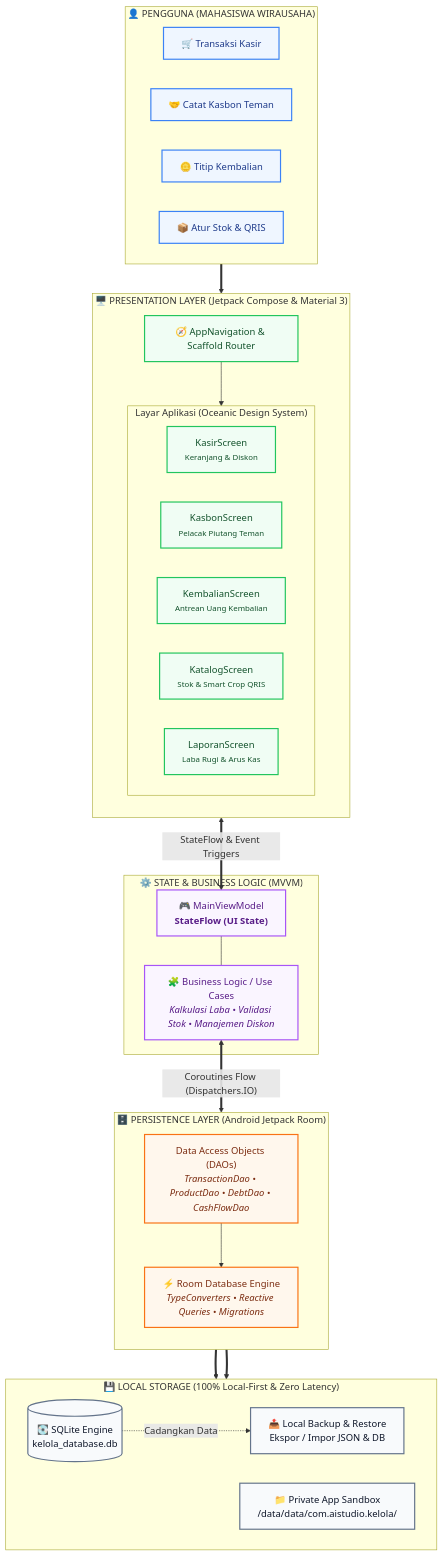
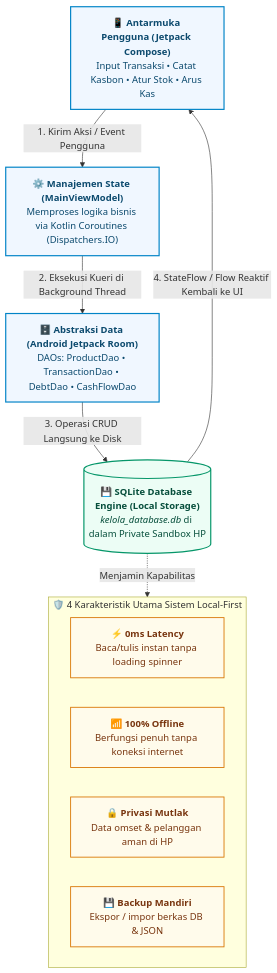
One commit to GHXZY/Kelola changed the diagram in README.md. Above: the diagram before and after it, drawn with Mermaid. The commit also changed other lines of this file, not shown here.

````diff
--- a/README.md
+++ b/README.md
@@ -77,69 +79,39 @@
 ```mermaid
-flowchart TB
-    %% Nodes Mahasiswa / User Layer
-    subgraph UserLayer ["👤 PENGGUNA (MAHASISWA WIRAUSAHA)"]
+flowchart TD
+    %% Lapisan 1: Aksi Pengguna
+    UI["📱 <b>Antarmuka Pengguna (Jetpack Compose)</b><br/>Input Transaksi • Catat Kasbon • Atur Stok • Arus Kas"]
+
+    %% Lapisan 2: State & ViewModel
+    VM["⚙️ <b>Manajemen State (MainViewModel)</b><br/>Memproses logika bisnis via Kotlin Coroutines (Dispatchers.IO)"]
+
+    %% Lapisan 3: Abstraksi Data (Room)
+    ROOM["🗄️ <b>Abstraksi Data (Android Jetpack Room)</b><br/>DAOs: ProductDao • TransactionDao • DebtDao • CashFlowDao"]
+
+    %% Lapisan 4: SQLite Internal
+    SQLITE[("💾 <b>SQLite Database Engine (Local Storage)</b><br/><i>kelola_database.db</i> di dalam Private Sandbox HP")]
+
+    %% Lapisan 5: Pilar Karakteristik Local-First
+    subgraph Pillars ["🛡️ 4 Karakteristik Utama Sistem Local-First"]
         direction LR
-        U1["🛒 Transaksi Kasir"]
-        U2["🤝 Catat Kasbon Teman"]
-        U3["🪙 Titip Kembalian"]
-        U4["📦 Atur Stok & QRIS"]
+        P1["⚡ <b>0ms Latency</b><br/>Baca/tulis instan tanpa loading spinner"]
+        P2["📶 <b>100% Offline</b><br/>Berfungsi penuh tanpa koneksi internet"]
+        P3["🔒 <b>Privasi Mutlak</b><br/>Data omset & pelanggan aman di HP"]
+        P4["💾 <b>Backup Mandiri</b><br/>Ekspor / impor berkas DB & JSON"]
     end
 
-    %% Presentation Layer
-    subgraph PresentationLayer ["🖥️ PRESENTATION LAYER (Jetpack Compose & Material 3)"]
-        direction TB
-        UI_Nav["🧭 AppNavigation & Scaffold Router"]
-        subgraph Screens ["Layar Aplikasi (Oceanic Design System)"]
-            S1["KasirScreen<br/><small>Keranjang & Diskon</small>"]
-            S2["KasbonScreen<br/><small>Pelacak Piutang Teman</small>"]
-            S3["KembalianScreen<br/><small>Antrean Uang Kembalian</small>"]
-            S4["KatalogScreen<br/><small>Stok & Smart Crop QRIS</small>"]
-            S5["LaporanScreen<br/><small>Laba Rugi & Arus Kas</small>"]
-        end
-        UI_Nav --> Screens
-    end
+    %% Relasi Aliran Data
+    UI -->|"1. Kirim Aksi / Event Pengguna"| VM
+    VM -->|"2. Eksekusi Kueri di Background Thread"| ROOM
+    ROOM -->|"3. Operasi CRUD Langsung ke Disk"| SQLITE
+    SQLITE -->|"4. StateFlow / Flow Reaktif Kembali ke UI"| UI
+    SQLITE -.->|"Menjamin Kapabilitas"| Pillars
 
-    %% State & Business Logic Layer
-    subgraph LogicLayer ["⚙️ STATE & BUSINESS LOGIC (MVVM)"]
-        VM["🎮 MainViewModel<br/><b>StateFlow (UI State)</b>"]
-        UC["🧩 Business Logic / Use Cases<br/><i>Kalkulasi Laba • Validasi Stok • Manajemen Diskon</i>"]
-        VM --- UC
-    end
+    %% Styling
+    classDef mainNode fill:#F0F7FF,stroke:#0284C7,stroke-width:2px,color:#0C4A6E;
+    classDef dbNode fill:#ECFDF5,stroke:#059669,stroke-width:2px,color:#064E3B;
+    classDef pillarNode fill:#FFFBEB,stroke:#D97706,stroke-width:1.5px,color:#78350F;
 
-    %% Persistence Layer
-    subgraph DataLayer ["🗄️ PERSISTENCE LAYER (Android Jetpack Room)"]
-        direction TB
-        DAOs["Data Access Objects (DAOs)<br/><i>TransactionDao • ProductDao • DebtDao • CashFlowDao</i>"]
-        DB["⚡ Room Database Engine<br/><i>TypeConverters • Reactive Queries • Migrations</i>"]
-        DAOs --> DB
-    end
-
-    %% Local Storage Layer
-    subgraph StorageLayer ["💾 LOCAL STORAGE (100% Local-First & Zero Latency)"]
-        direction LR
-        SQLITE[("💽 SQLite Engine<br/>kelola_database.db")]
-        SANDBOX["📁 Private App Sandbox<br/>/data/data/com.aistudio.kelola/"]
-        BACKUP["📤 Local Backup & Restore<br/>Ekspor / Impor JSON & DB"]
-    end
-
-    %% Flow Relationships
-    UserLayer ==> UI_Nav
-    Screens <==>|"StateFlow & Event Triggers"| VM
-    UC <==>|"Coroutines Flow (Dispatchers.IO)"| DAOs
-    DB ==> SQLITE
-    DB ==> SANDBOX
-    SQLITE -.->|"Cadangkan Data"| BACKUP
-
-    %% Node Styling
-    classDef user fill:#EFF6FF,stroke:#3B82F6,stroke-width:2px,color:#1E3A8A;
-    classDef ui fill:#F0FDF4,stroke:#22C55E,stroke-width:2px,color:#14532D;
-    classDef logic fill:#FAF5FF,stroke:#A855F7,stroke-width:2px,color:#581C87;
-    classDef data fill:#FFF7ED,stroke:#F97316,stroke-width:2px,color:#7C2D12;
-    classDef storage fill:#F8FAFC,stroke:#64748B,stroke-width:2px,color:#0F172A;
-
-    class U1,U2,U3,U4 user;
-    class UI_Nav,S1,S2,S3,S4,S5 ui;
-    class VM,UC logic;
-    class DAOs,DB data;
-    class SQLITE,SANDBOX,BACKUP storage;
+    class UI,VM,ROOM mainNode;
+    class SQLITE dbNode;
+    class P1,P2,P3,P4 pillarNode;
 ```
````
